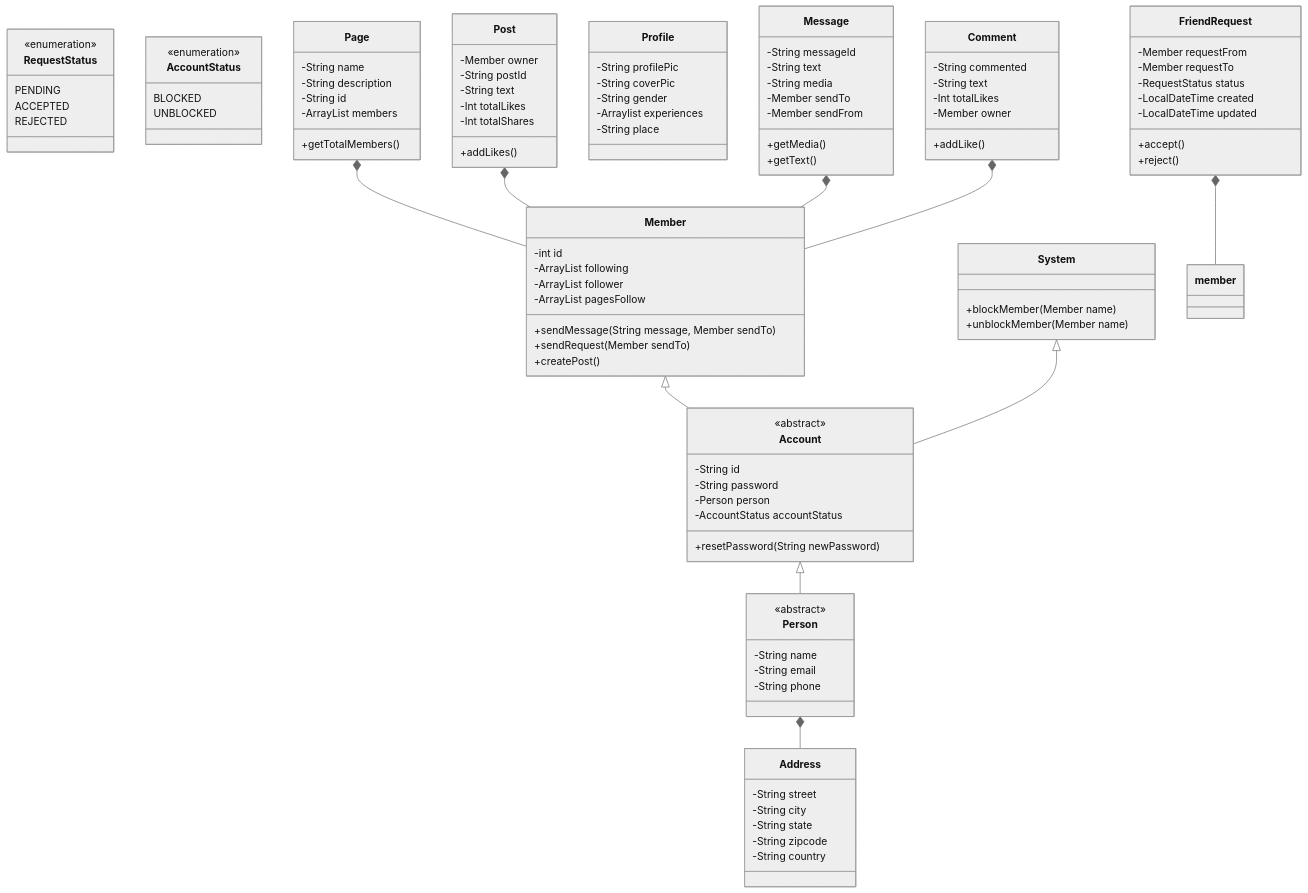
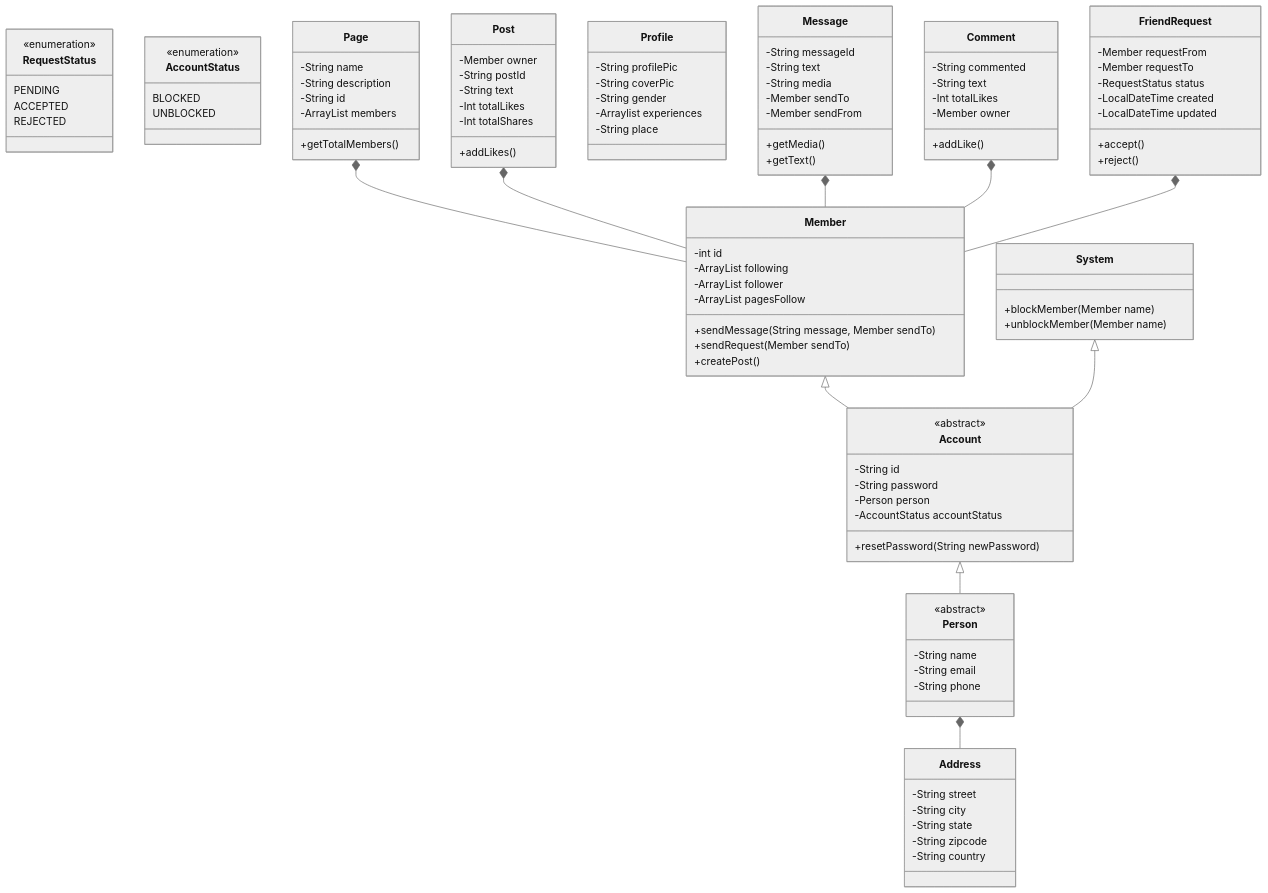
One commit to workrahul22/learning changed the diagram in 2. Low Level Design/LLDExamples.md. Above: the diagram before and after it, drawn with Mermaid (neutral theme).

````diff
--- a/2. Low Level Design/LLDExamples.md
+++ b/2. Low Level Design/LLDExamples.md
@@ -116,6 +116,6 @@
       +reject()
     }
 
-    FriendRequest *-- member
+    FriendRequest *-- Member
 
 ```
````
